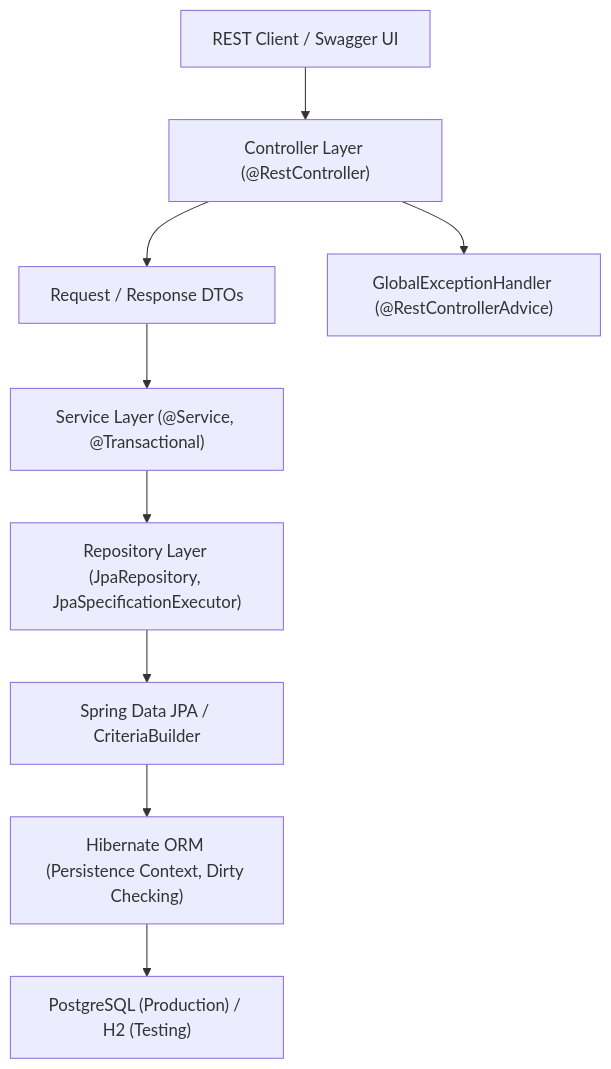
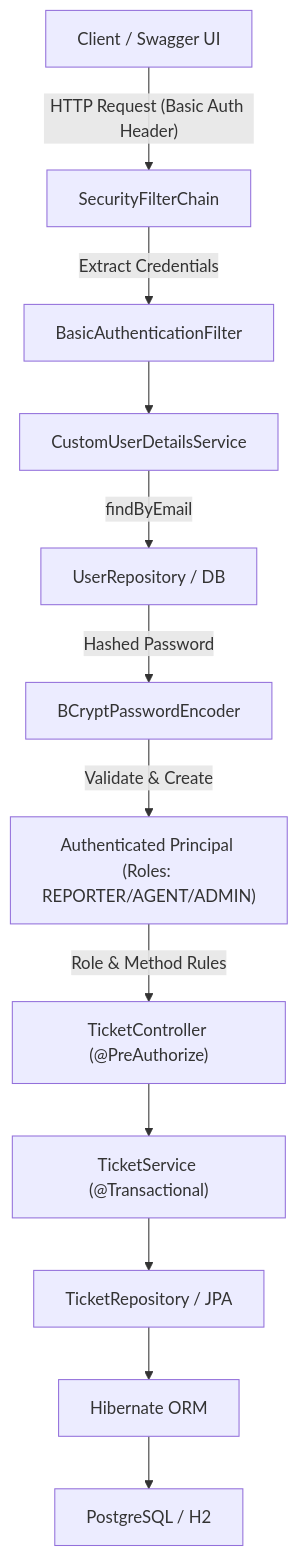
The diagram in README.md (ayesha19765/ResolveHub), drawn with Mermaid before and after one commit. The commit also changed other lines of this file and 6 other files, not shown here.

Commit message:
Implemented enterprise-grade authentication and role-based access control (RBAC) in ResolveHub using Spring Security 6, BCrypt password hashing, database-backed CustomUserDetailsService, HTTP Basic authentication, method security (@PreAuthorize), and OpenAPI security scheme

````diff
--- a/README.md
+++ b/README.md
@@ -50,19 +55,25 @@
 ```mermaid
 flowchart TD
 
-    Client["REST Client / Swagger UI"] --> Controller["Controller Layer (@RestController)"]
+    Client["Client / Swagger UI"] -->|"HTTP Request (Basic Auth Header)"| FilterChain["SecurityFilterChain"]
 
-    Controller --> DTO["Request / Response DTOs"]
+    FilterChain -->|"Extract Credentials"| AuthFilter["BasicAuthenticationFilter"]
 
-    Controller --> ExceptionHandler["GlobalExceptionHandler (@RestControllerAdvice)"]
+    AuthFilter --> UserDetailsService["CustomUserDetailsService"]
 
-    DTO --> Service["Service Layer (@Service, @Transactional)"]
+    UserDetailsService -->|"findByEmail"| UserRepository["UserRepository / DB"]
 
-    Service --> Repository["Repository Layer (JpaRepository, JpaSpecificationExecutor)"]
+    UserRepository -->|"Hashed Password"| PasswordEncoder["BCryptPasswordEncoder"]
 
-    Repository --> JPA["Spring Data JPA / CriteriaBuilder"]
+    PasswordEncoder -->|"Validate & Create"| Principal["Authenticated Principal (Roles: REPORTER/AGENT/ADMIN)"]
 
-    JPA --> Hibernate["Hibernate ORM (Persistence Context, Dirty Checking)"]
+    Principal -->|"Role & Method Rules"| Controller["TicketController (@PreAuthorize)"]
 
-    Hibernate --> PostgreSQL["PostgreSQL (Production) / H2 (Testing)"]
+    Controller --> Service["TicketService (@Transactional)"]
+
+    Service --> Repository["TicketRepository / JPA"]
+
+    Repository --> Hibernate["Hibernate ORM"]
+
+    Hibernate --> DB["PostgreSQL / H2"]
 ```
````
